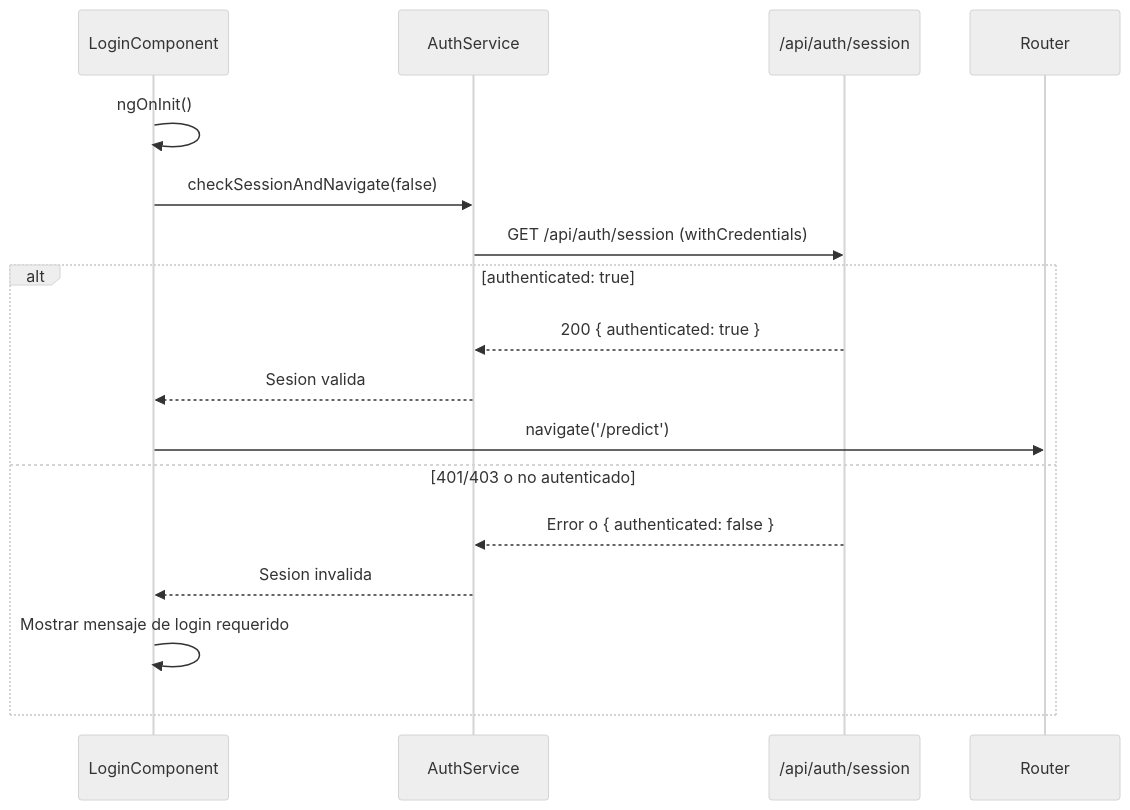
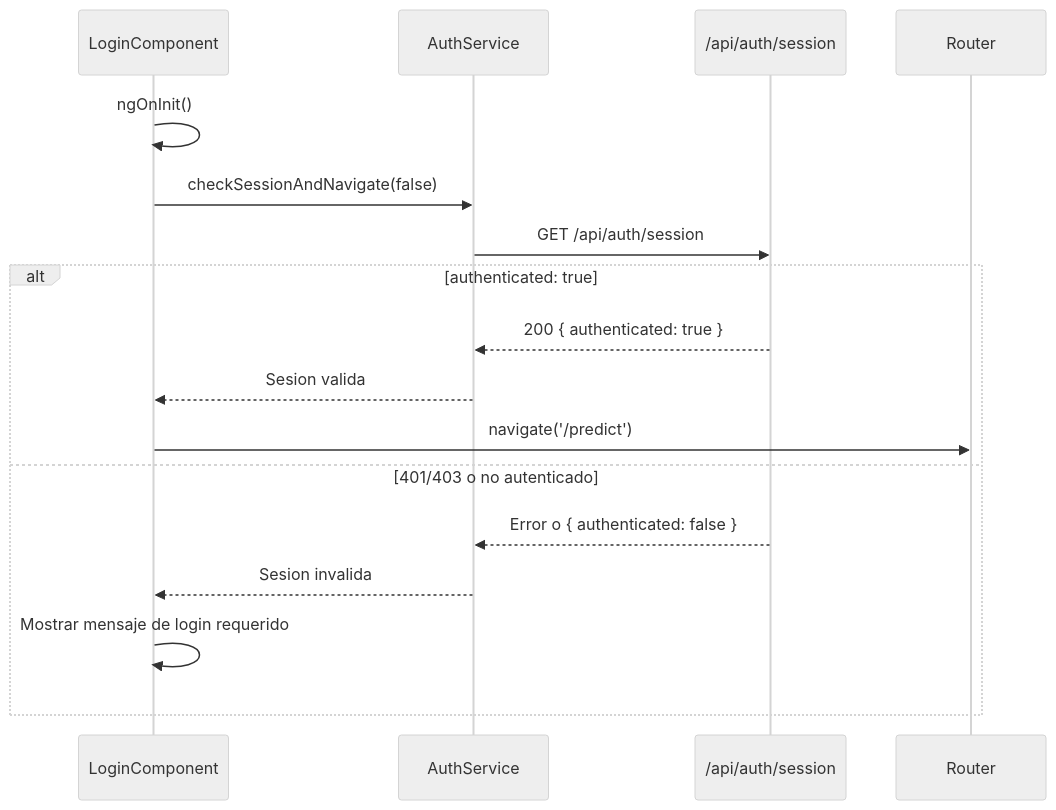
Before and after one commit to augmentdevon-febe/frontend: the third of 9 diagrams in fifa-world-cup-predictor/ARCHITECTURAL_ANALYSIS.md, drawn with Mermaid (neutral theme). The commit also changed other lines of this file and 22 other files, not shown here.

````diff
--- a/fifa-world-cup-predictor/ARCHITECTURAL_ANALYSIS.md
+++ b/fifa-world-cup-predictor/ARCHITECTURAL_ANALYSIS.md
@@ -158,20 +170,20 @@
 ```mermaid
 sequenceDiagram
 	participant Login as LoginComponent
 	participant Auth as AuthService
 	participant Backend as /api/auth/session
 	participant Router as Router
 
 	Login->>Login: ngOnInit()
 	Login->>Auth: checkSessionAndNavigate(false)
-	Auth->>Backend: GET /api/auth/session (withCredentials)
+	Auth->>Backend: GET /api/auth/session
 	alt authenticated: true
 		Backend-->>Auth: 200 { authenticated: true }
 		Auth-->>Login: Sesion valida
 		Login->>Router: navigate('/predict')
 	else 401/403 o no autenticado
 		Backend-->>Auth: Error o { authenticated: false }
 		Auth-->>Login: Sesion invalida
 		Login->>Login: Mostrar mensaje de login requerido
 	end
 ```
````
